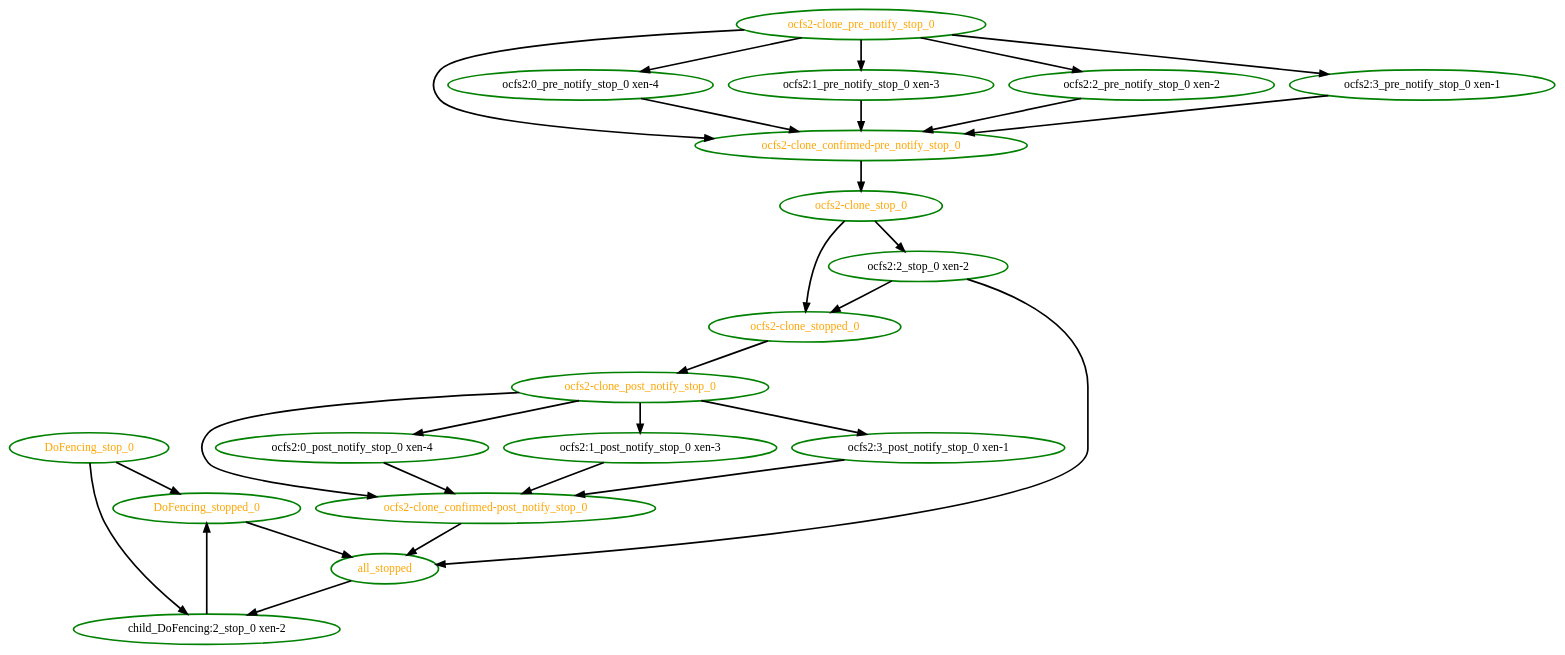
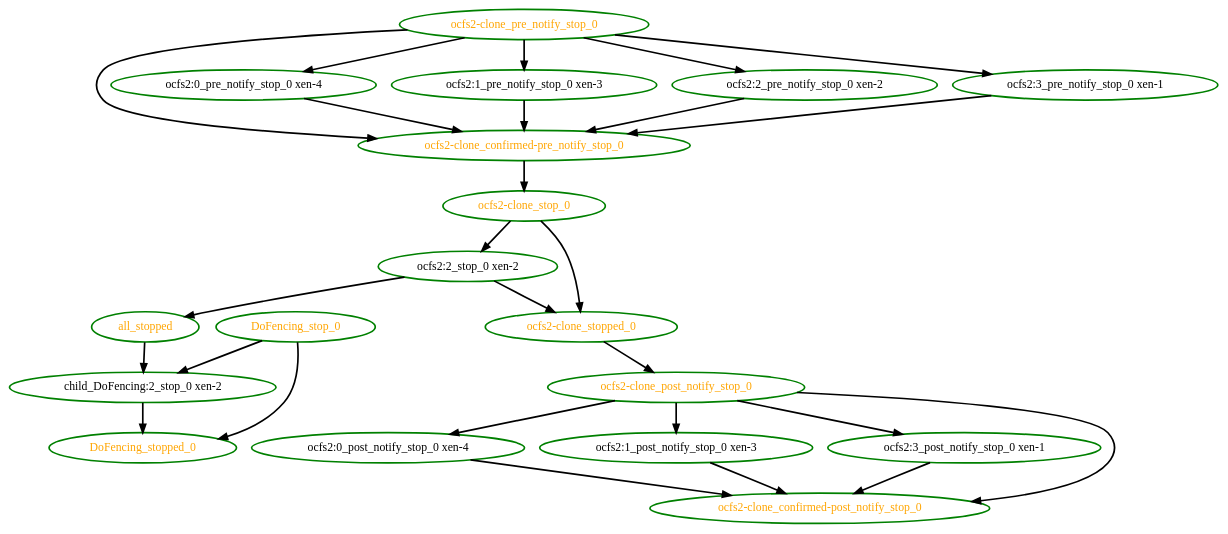
One commit to richiewen8/heartbeat changed the diagram in crm/pengine/testcases/inc10.dot. Above: the diagram before and after it, drawn with Graphviz. The commit also changed 82 other files, not shown here.

Commit message:
High: PE: all_stopped should only depend on native resources to avoid recursion

```diff
--- a/crm/pengine/testcases/inc10.dot
+++ b/crm/pengine/testcases/inc10.dot
@@ -1,48 +1,46 @@
  digraph "g" {
 "DoFencing_stop_0" -> "DoFencing_stopped_0" [ style = bold]
 "DoFencing_stop_0" -> "child_DoFencing:2_stop_0 xen-2" [ style = bold]
 "DoFencing_stop_0" [ style=bold color="green" fontcolor="orange" ]
-"DoFencing_stopped_0" -> "all_stopped" [ style = bold]
 "DoFencing_stopped_0" [ style=bold color="green" fontcolor="orange" ]
 "all_stopped" -> "child_DoFencing:2_stop_0 xen-2" [ style = bold]
 "all_stopped" [ style=bold color="green" fontcolor="orange"  ]
 "child_DoFencing:2_stop_0 xen-2" -> "DoFencing_stopped_0" [ style = bold]
 "child_DoFencing:2_stop_0 xen-2" [ style=bold color="green" fontcolor="black" ]
-"ocfs2-clone_confirmed-post_notify_stop_0" -> "all_stopped" [ style = bold]
 "ocfs2-clone_confirmed-post_notify_stop_0" [ style=bold color="green" fontcolor="orange" ]
 "ocfs2-clone_confirmed-pre_notify_stop_0" -> "ocfs2-clone_stop_0" [ style = bold]
 "ocfs2-clone_confirmed-pre_notify_stop_0" [ style=bold color="green" fontcolor="orange" ]
 "ocfs2-clone_post_notify_stop_0" -> "ocfs2-clone_confirmed-post_notify_stop_0" [ style = bold]
 "ocfs2-clone_post_notify_stop_0" -> "ocfs2:0_post_notify_stop_0 xen-4" [ style = bold]
 "ocfs2-clone_post_notify_stop_0" -> "ocfs2:1_post_notify_stop_0 xen-3" [ style = bold]
 "ocfs2-clone_post_notify_stop_0" -> "ocfs2:3_post_notify_stop_0 xen-1" [ style = bold]
 "ocfs2-clone_post_notify_stop_0" [ style=bold color="green" fontcolor="orange" ]
 "ocfs2-clone_pre_notify_stop_0" -> "ocfs2-clone_confirmed-pre_notify_stop_0" [ style = bold]
 "ocfs2-clone_pre_notify_stop_0" -> "ocfs2:0_pre_notify_stop_0 xen-4" [ style = bold]
 "ocfs2-clone_pre_notify_stop_0" -> "ocfs2:1_pre_notify_stop_0 xen-3" [ style = bold]
 "ocfs2-clone_pre_notify_stop_0" -> "ocfs2:2_pre_notify_stop_0 xen-2" [ style = bold]
 "ocfs2-clone_pre_notify_stop_0" -> "ocfs2:3_pre_notify_stop_0 xen-1" [ style = bold]
 "ocfs2-clone_pre_notify_stop_0" [ style=bold color="green" fontcolor="orange" ]
 "ocfs2-clone_stop_0" -> "ocfs2-clone_stopped_0" [ style = bold]
 "ocfs2-clone_stop_0" -> "ocfs2:2_stop_0 xen-2" [ style = bold]
 "ocfs2-clone_stop_0" [ style=bold color="green" fontcolor="orange" ]
 "ocfs2-clone_stopped_0" -> "ocfs2-clone_post_notify_stop_0" [ style = bold]
 "ocfs2-clone_stopped_0" [ style=bold color="green" fontcolor="orange" ]
 "ocfs2:0_post_notify_stop_0 xen-4" -> "ocfs2-clone_confirmed-post_notify_stop_0" [ style = bold]
 "ocfs2:0_post_notify_stop_0 xen-4" [ style=bold color="green" fontcolor="black" ]
 "ocfs2:0_pre_notify_stop_0 xen-4" -> "ocfs2-clone_confirmed-pre_notify_stop_0" [ style = bold]
 "ocfs2:0_pre_notify_stop_0 xen-4" [ style=bold color="green" fontcolor="black" ]
 "ocfs2:1_post_notify_stop_0 xen-3" -> "ocfs2-clone_confirmed-post_notify_stop_0" [ style = bold]
 "ocfs2:1_post_notify_stop_0 xen-3" [ style=bold color="green" fontcolor="black" ]
 "ocfs2:1_pre_notify_stop_0 xen-3" -> "ocfs2-clone_confirmed-pre_notify_stop_0" [ style = bold]
 "ocfs2:1_pre_notify_stop_0 xen-3" [ style=bold color="green" fontcolor="black" ]
 "ocfs2:2_pre_notify_stop_0 xen-2" -> "ocfs2-clone_confirmed-pre_notify_stop_0" [ style = bold]
 "ocfs2:2_pre_notify_stop_0 xen-2" [ style=bold color="green" fontcolor="black" ]
 "ocfs2:2_stop_0 xen-2" -> "all_stopped" [ style = bold]
 "ocfs2:2_stop_0 xen-2" -> "ocfs2-clone_stopped_0" [ style = bold]
 "ocfs2:2_stop_0 xen-2" [ style=bold color="green" fontcolor="black" ]
 "ocfs2:3_post_notify_stop_0 xen-1" -> "ocfs2-clone_confirmed-post_notify_stop_0" [ style = bold]
 "ocfs2:3_post_notify_stop_0 xen-1" [ style=bold color="green" fontcolor="black" ]
 "ocfs2:3_pre_notify_stop_0 xen-1" -> "ocfs2-clone_confirmed-pre_notify_stop_0" [ style = bold]
 "ocfs2:3_pre_notify_stop_0 xen-1" [ style=bold color="green" fontcolor="black" ]
 }
```
